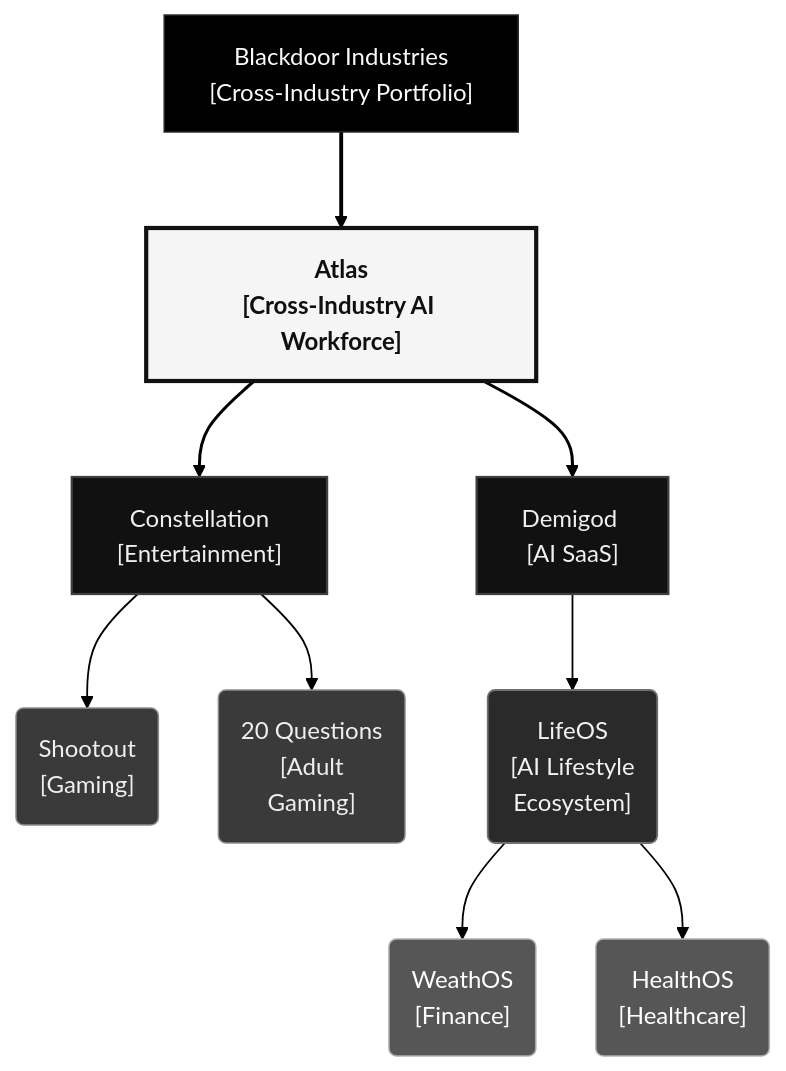
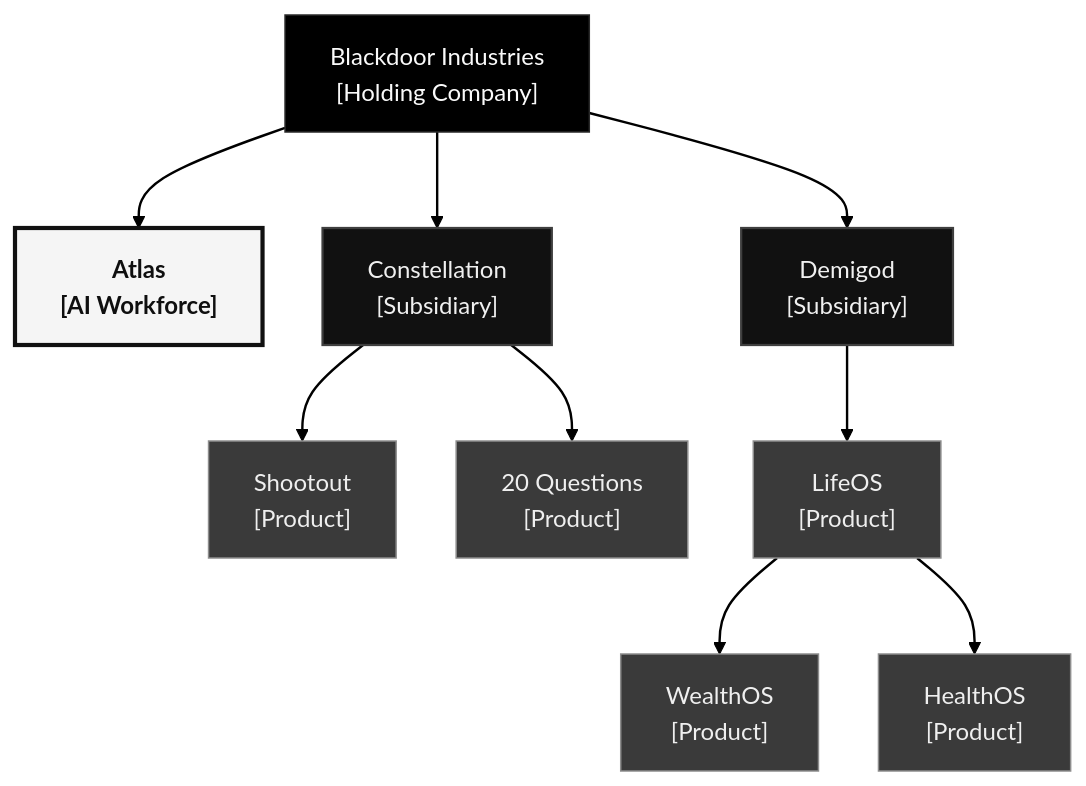
One commit to Blackdoor-Industries/.github changed the first of 2 diagrams in profile/README.md. Above: the diagram before and after it, drawn with Mermaid. The commit also changed other lines of this file, not shown here.

Commit message:
Restructure organization diagram as portfolio org chart

````diff
--- a/profile/README.md
+++ b/profile/README.md
@@ -41,49 +41,45 @@
 ```mermaid
 %%{init: {
   "theme": "base",
   "flowchart": {
     "curve": "basis",
     "nodeSpacing": 40,
     "rankSpacing": 64
   },
   "themeVariables": {
     "fontFamily": "Helvetica, Arial, sans-serif",
     "lineColor": "#000000",
     "textColor": "#eaeaea",
     "primaryColor": "#181818",
     "primaryBorderColor": "#454545",
     "tertiaryColor": "#121212",
     "background": "#ffffff"
   }
 }}%%
 flowchart TB
-    BD["Blackdoor Industries<br/>[Cross-Industry Portfolio]"]:::holding
-    ATLAS["Atlas<br/>[Cross-Industry AI Workforce]"]:::atlas
-    CONST["Constellation<br/>[Entertainment]"]:::subsidiary
-    DEMI["Demigod&nbsp;<br/>[AI SaaS]"]:::subsidiary
-    SHOOT("Shootout<br/>[Gaming]"):::product
-    VN("20 Questions<br/>[Adult<br/>Gaming]"):::product
-    LIFE("LifeOS<br/>[AI Lifestyle<br/>Ecosystem]"):::ecosystem
-    WEATH("WeathOS<br/>[Finance]"):::module
-    HEALTH("HealthOS<br/>[Healthcare]"):::module
+    BD["Blackdoor Industries<br/>[Holding Company]"]:::holding
+    ATLAS["Atlas<br/>[AI Workforce]"]:::atlas
+    CONST["Constellation<br/>[Subsidiary]"]:::subsidiary
+    DEMI["Demigod<br/>[Subsidiary]"]:::subsidiary
+    SHOOT["Shootout<br/>[Product]"]:::product
+    VN["20 Questions<br/>[Product]"]:::product
+    LIFE["LifeOS<br/>[Product]"]:::product
+    WEATH["WealthOS<br/>[Product]"]:::product
+    HEALTH["HealthOS<br/>[Product]"]:::product
 
-    BD ==> ATLAS
-    ATLAS ==> CONST
-    ATLAS ==> DEMI
+    BD --> ATLAS
+    BD --> CONST
+    BD --> DEMI
     CONST --> SHOOT
     CONST --> VN
     DEMI --> LIFE
     LIFE --> WEATH
     LIFE --> HEALTH
 
     classDef holding fill:#000000,stroke:#2a2a2a,stroke-width:1px,color:#fafafa
     classDef atlas fill:#f5f5f5,stroke:#111111,stroke-width:2.8px,color:#0f0f0f,font-weight:700
     classDef subsidiary fill:#111111,stroke:#3f3f3f,stroke-width:1.5px,color:#f0f0f0
-    classDef ecosystem fill:#2a2a2a,stroke:#707070,stroke-width:1.2px,color:#f2f2f2
     classDef product fill:#3a3a3a,stroke:#8d8d8d,stroke-width:1px,color:#efefef
-    classDef module fill:#565656,stroke:#b0b0b0,stroke-width:1px,color:#ffffff
 
-    linkStyle 0 stroke:#000000,stroke-width:2.6px
-    linkStyle 1,2 stroke:#000000,stroke-width:2px
-    linkStyle 3,4,5,6,7 stroke:#000000,stroke-width:1.2px
+    linkStyle 0,1,2,3,4,5,6,7 stroke:#000000,stroke-width:1.6px
 ```
````
